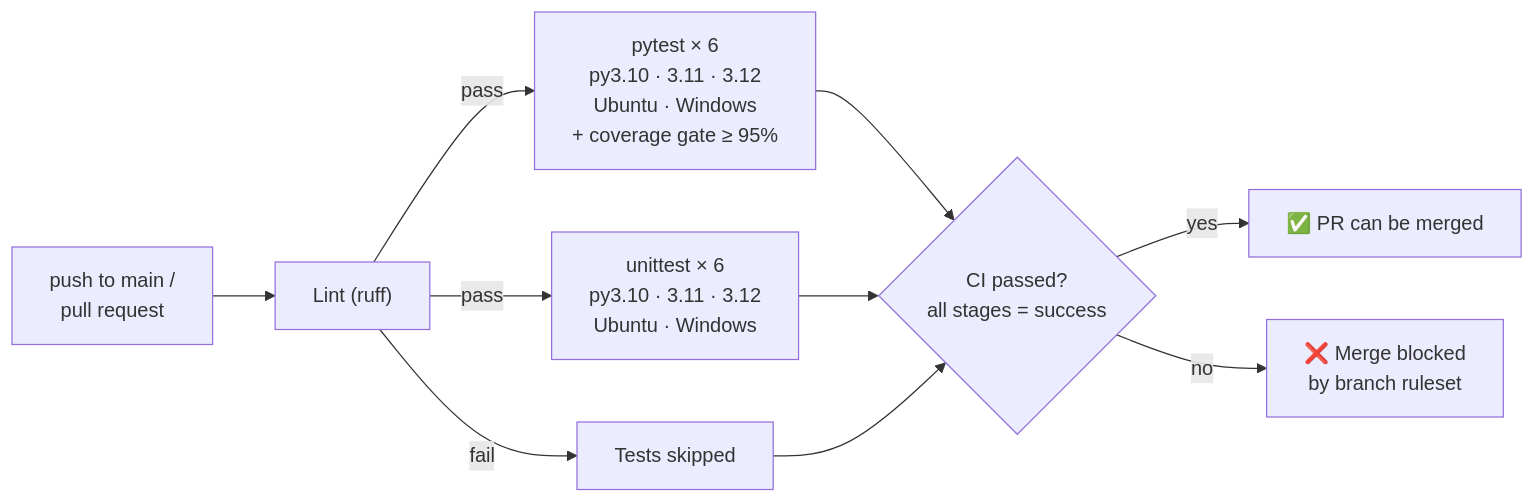
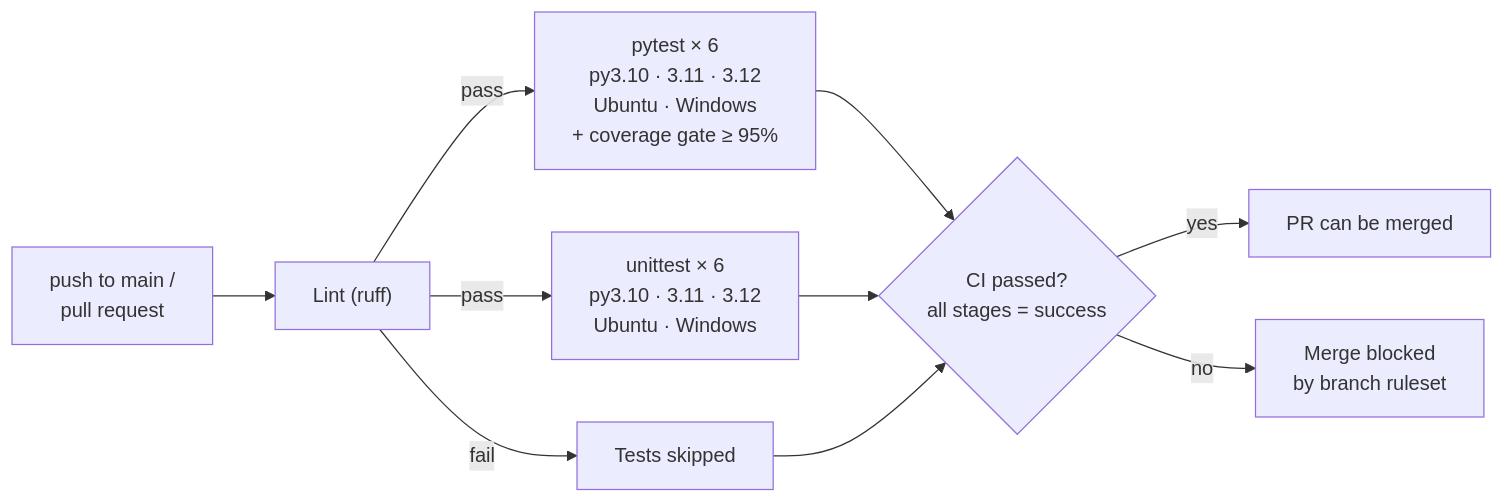
Before and after one commit to elentajacob/mlops-lab3: the diagram in README.md, drawn with Mermaid. The commit also changed other lines of this file, not shown here.

````diff
--- a/README.md
+++ b/README.md
@@ -73,12 +73,12 @@
 ```mermaid
 flowchart LR
     A["push to main /<br/>pull request"] --> B["Lint (ruff)"]
     B -->|pass| C["pytest × 6<br/>py3.10 · 3.11 · 3.12<br/>Ubuntu · Windows<br/>+ coverage gate ≥ 95%"]
     B -->|pass| D["unittest × 6<br/>py3.10 · 3.11 · 3.12<br/>Ubuntu · Windows"]
     B -->|fail| X["Tests skipped"]
     C --> E{"CI passed?<br/>all stages = success"}
     D --> E
     X --> E
-    E -->|yes| F["✅ PR can be merged"]
-    E -->|no| G["❌ Merge blocked<br/>by branch ruleset"]
+    E -->|yes| F["PR can be merged"]
+    E -->|no| G["Merge blocked<br/>by branch ruleset"]
 ```
````
